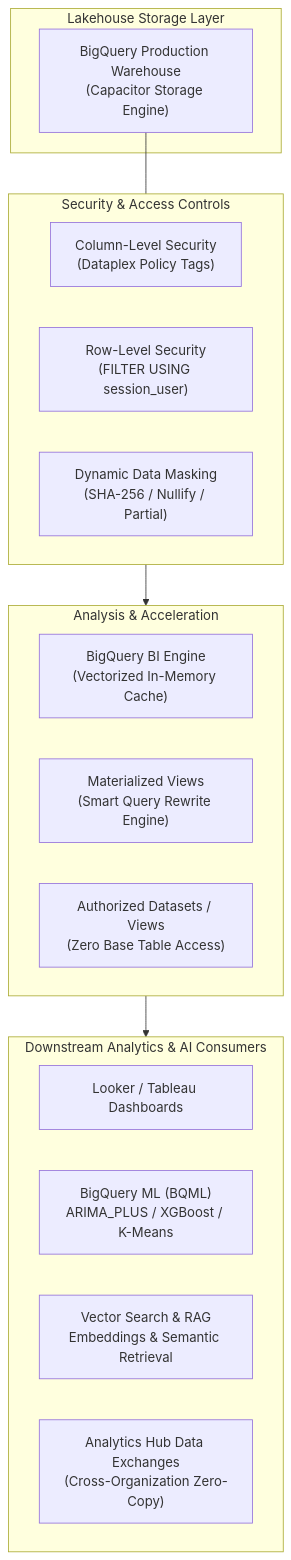
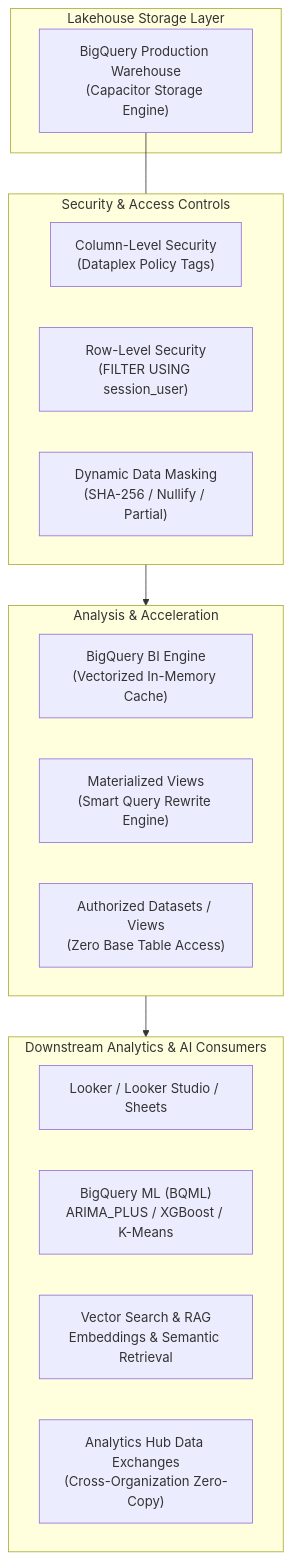
Before and after one commit to rohithvishaal/GCP_PDE_Notes: the first of 4 diagrams in 04_phase3_exam_domains/domain_4_preparing_and_using_data_for_analysis.md, drawn with Mermaid. The commit also changed other lines of this file and 8 other files, not shown here.

````diff
--- a/04_phase3_exam_domains/domain_4_preparing_and_using_data_for_analysis.md
+++ b/04_phase3_exam_domains/domain_4_preparing_and_using_data_for_analysis.md
@@ -11,29 +11,29 @@
 ```mermaid
 flowchart TD
     subgraph Storage_and_Lakehouse["Lakehouse Storage Layer"]
         RawData["BigQuery Production Warehouse<br/>(Capacitor Storage Engine)"]
     end
 
     subgraph Security_and_Governance["Security & Access Controls"]
         CLS["Column-Level Security<br/>(Dataplex Policy Tags)"]
         RLS["Row-Level Security<br/>(FILTER USING session_user)"]
         Mask["Dynamic Data Masking<br/>(SHA-256 / Nullify / Partial)"]
     end
 
     subgraph Serving_and_Acceleration["Analysis & Acceleration"]
         BIE["BigQuery BI Engine<br/>(Vectorized In-Memory Cache)"]
         MV["Materialized Views<br/>(Smart Query Rewrite Engine)"]
         AuthViews["Authorized Datasets / Views<br/>(Zero Base Table Access)"]
     end
 
     subgraph Downstream_Consumers["Downstream Analytics & AI Consumers"]
-        BI["Looker / Tableau Dashboards"]
+        BI["Looker / Looker Studio / Sheets"]
         BQML_Engine["BigQuery ML (BQML)<br/>ARIMA_PLUS / XGBoost / K-Means"]
         Vector_Search["Vector Search & RAG<br/>Embeddings & Semantic Retrieval"]
         Hub["Analytics Hub Data Exchanges<br/>(Cross-Organization Zero-Copy)"]
     end
 
     RawData --- Security_and_Governance
     Security_and_Governance --> Serving_and_Acceleration
     Serving_and_Acceleration --> Downstream_Consumers
 ```
````
